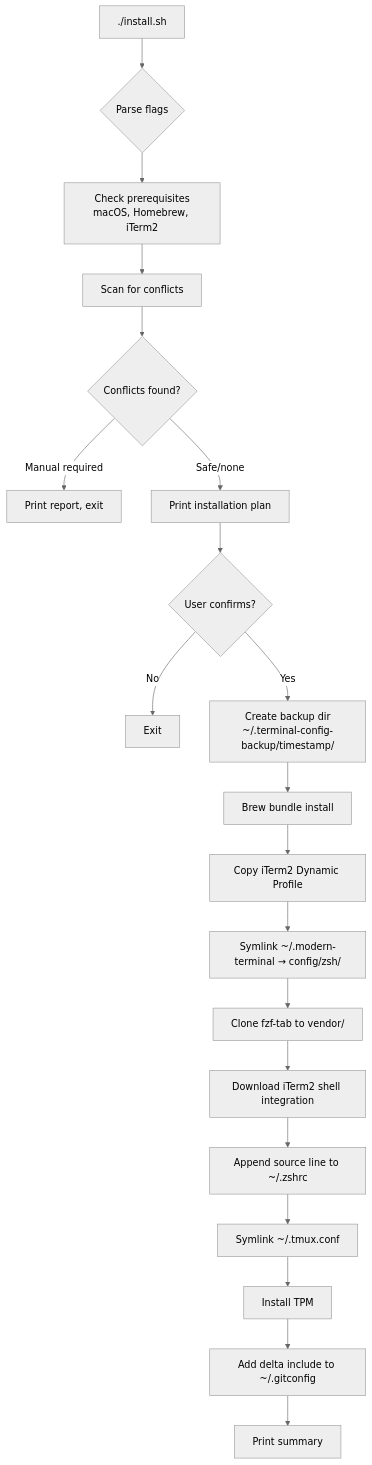
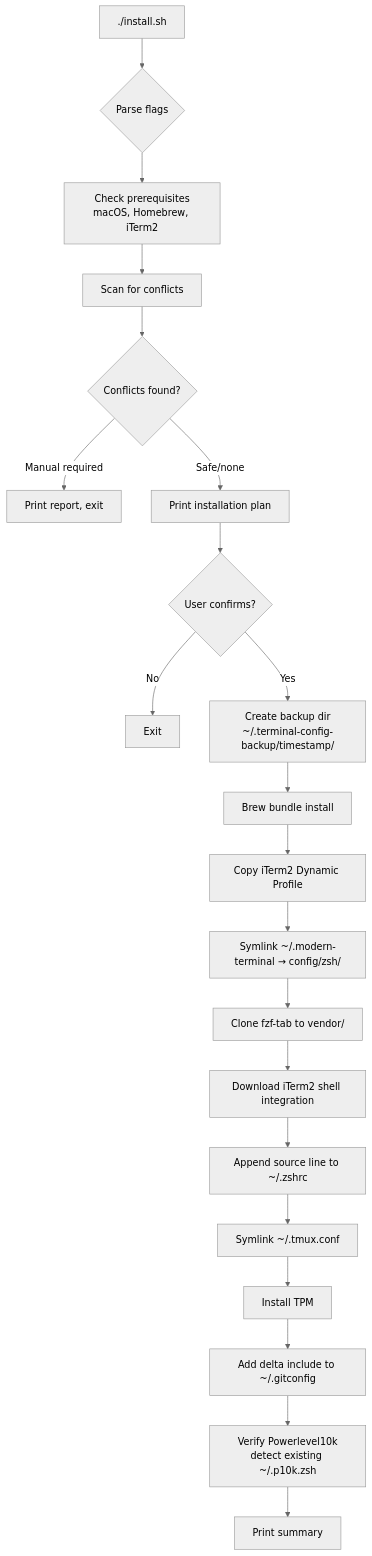
One commit to visaivis/iterm2 changed the first of 4 diagrams in docs/architecture.md. Above: the diagram before and after it, drawn with Mermaid (neutral theme). The commit also changed other lines of this file and 9 other files, not shown here.

````diff
--- a/docs/architecture.md
+++ b/docs/architecture.md
@@ -12,22 +12,23 @@
 ```mermaid
 flowchart TD
     A[./install.sh] --> B{Parse flags}
     B --> C[Check prerequisites<br/>macOS, Homebrew, iTerm2]
     C --> D[Scan for conflicts]
     D --> E{Conflicts found?}
     E -->|Manual required| F[Print report, exit]
     E -->|Safe/none| G[Print installation plan]
     G --> H{User confirms?}
     H -->|No| I[Exit]
     H -->|Yes| J[Create backup dir<br/>~/.terminal-config-backup/timestamp/]
     J --> K[Brew bundle install]
     K --> L[Copy iTerm2 Dynamic Profile]
     L --> M[Symlink ~/.modern-terminal → config/zsh/]
     M --> N[Clone fzf-tab to vendor/]
     N --> O[Download iTerm2 shell integration]
     O --> P[Append source line to ~/.zshrc]
     P --> Q[Symlink ~/.tmux.conf]
     Q --> R[Install TPM]
     R --> S[Add delta include to ~/.gitconfig]
-    S --> T[Print summary]
+    S --> T[Verify Powerlevel10k<br/>detect existing ~/.p10k.zsh]
+    T --> U[Print summary]
 ```
````
